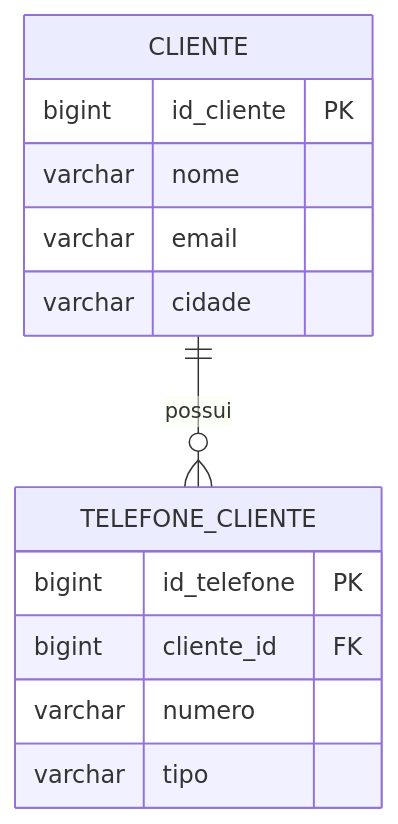
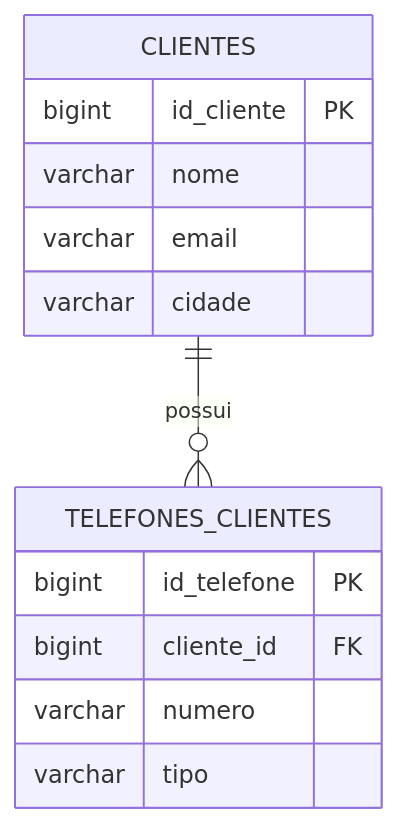
One commit to DSM-Fatec-Jahu/BDR-DSM-2026-2 changed the second of 9 diagrams in docs/aulas/Aula_02_Normalizacao.md. Above: the diagram before and after it, drawn with Mermaid. The commit also changed other lines of this file and 1 other file, not shown here.

````diff
--- a/docs/aulas/Aula_02_Normalizacao.md
+++ b/docs/aulas/Aula_02_Normalizacao.md
@@ -183,18 +193,18 @@
 ```mermaid
 erDiagram
-    CLIENTE {
+    CLIENTES {
         bigint id_cliente PK
         varchar nome
         varchar email
         varchar cidade
     }
 
-    TELEFONE_CLIENTE {
+    TELEFONES_CLIENTES {
         bigint id_telefone PK
         bigint cliente_id FK
         varchar numero
         varchar tipo
     }
 
-    CLIENTE ||--o{ TELEFONE_CLIENTE : "possui"
+    CLIENTES ||--o{ TELEFONES_CLIENTES : "possui"
 ```
````
